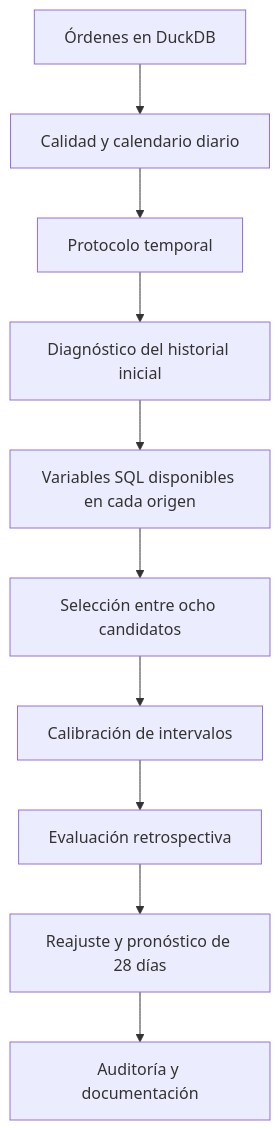
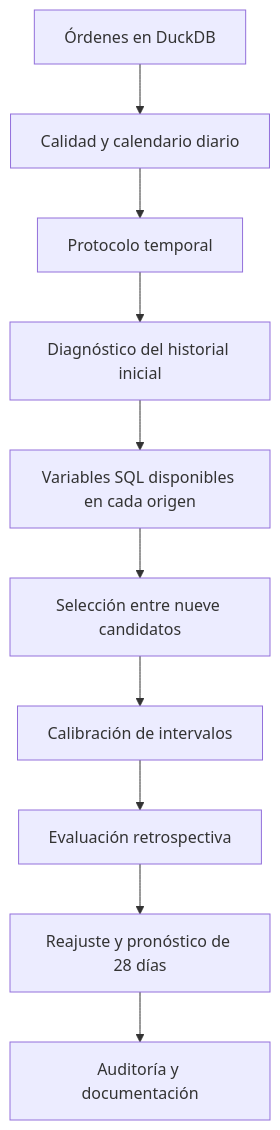
The diagram in documentacion/guia_completa.md (felipeqdbd/Taller_ML_2026-2_DAAF), drawn with Mermaid before and after one commit. The commit also changed other lines of this file and 158 other files, not shown here.

````diff
--- a/documentacion/guia_completa.md
+++ b/documentacion/guia_completa.md
@@ -57,23 +57,23 @@
 ```mermaid
 
 flowchart TD
 
  A[Órdenes en DuckDB] --> B[Calidad y calendario diario]
 
  B --> C[Protocolo temporal]
 
  C --> D[Diagnóstico del historial inicial]
 
  D --> E[Variables SQL disponibles en cada origen]
 
- E --> F[Selección entre ocho candidatos]
+ E --> F[Selección entre nueve candidatos]
 
  F --> G[Calibración de intervalos]
 
  G --> H[Evaluación retrospectiva]
 
  H --> I[Reajuste y pronóstico de 28 días]
 
  I --> J[Auditoría y documentación]
 
 ```
````
